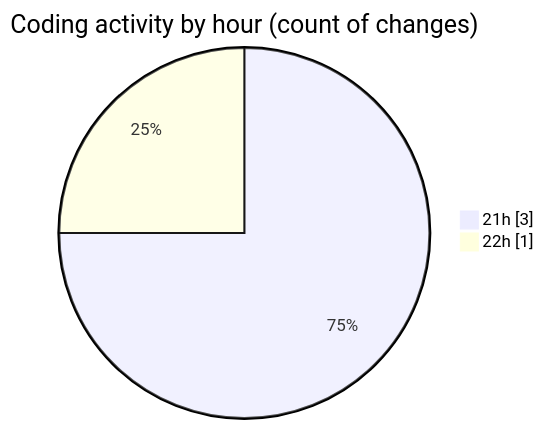
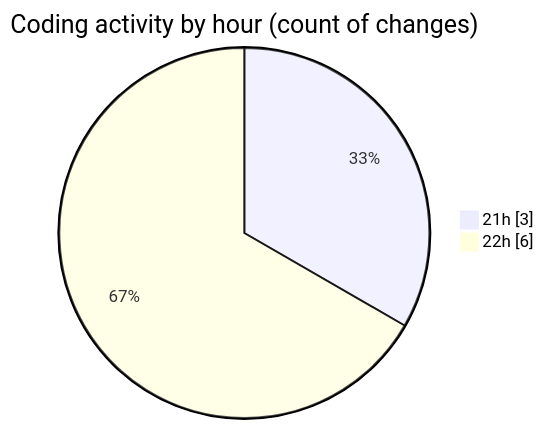
Before and after one commit to charlie-sans/code-tracking: the second of 2 diagrams in 2025-03-18/sharpmasm/README.md, drawn with Mermaid. The commit also changed other lines of this file and 1 other file, not shown here.

````diff
--- a/2025-03-18/sharpmasm/README.md
+++ b/2025-03-18/sharpmasm/README.md
@@ -30,6 +31,6 @@
 ```mermaid
 pie showData
 title Coding activity by hour (count of changes)
 "21h" : 3
-"22h" : 1
+"22h" : 6
 ```
````
